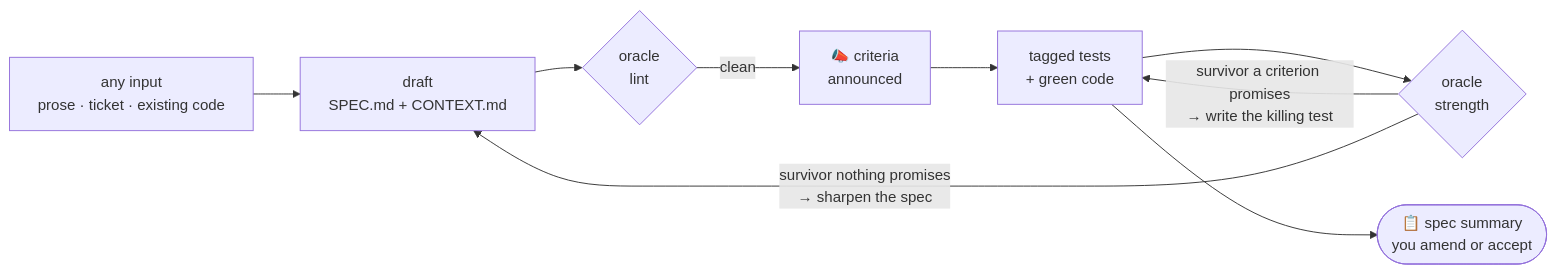
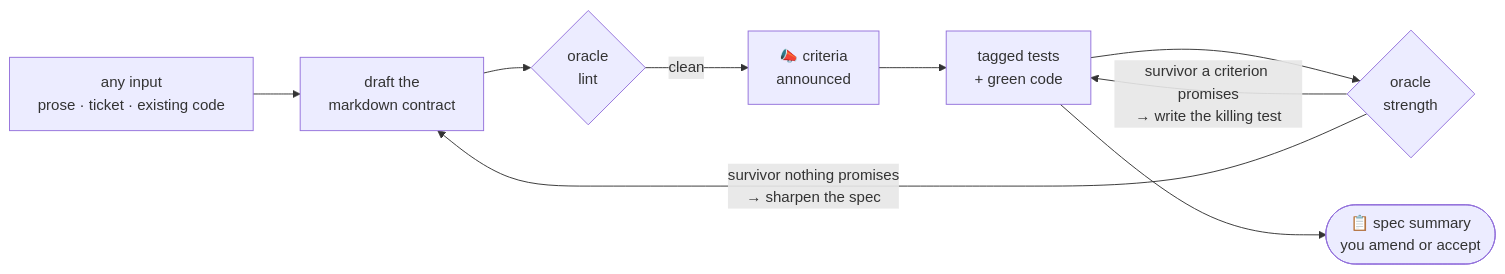
Before and after one commit to matthewalton/speccle: the diagram in README.md, drawn with Mermaid. The commit also changed other lines of this file and 34 other files, not shown here.

````diff
--- a/README.md
+++ b/README.md
@@ -49,11 +52,11 @@
 ```mermaid
 flowchart LR
-    A["any input<br/>prose · ticket · existing code"] --> B["draft<br/>SPEC.md + CONTEXT.md"]
+    A["any input<br/>prose · ticket · existing code"] --> B["draft the<br/>markdown contract"]
     B --> C{"oracle<br/>lint"}
     C -->|clean| D["📣 criteria<br/>announced"]
     D --> E["tagged tests<br/>+ green code"]
     E --> F{"oracle<br/>strength"}
     F -->|"survivor a criterion promises<br/>→ write the killing test"| E
     F -->|"survivor nothing promises<br/>→ sharpen the spec"| B
     E --> G(["📋 spec summary<br/>you amend or accept"])
 ```
````
